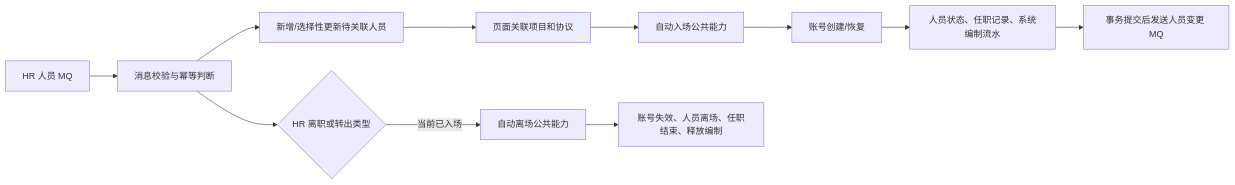
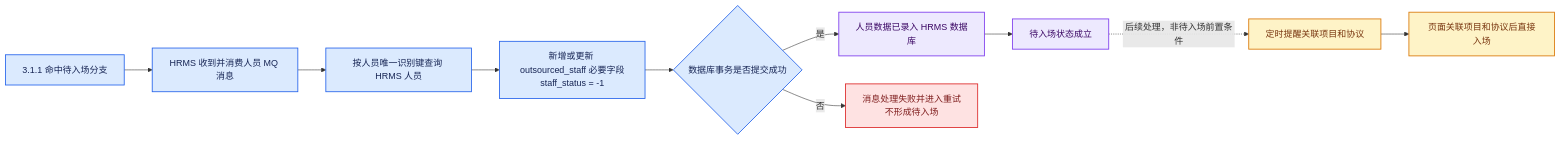
The second of 4 diagrams in content/中华财险-公司项目/hrms（大型人力资源外包管理系统）/需求-系分/3.用工模式调整0917/内部人员转外包用工系统需求-系分.md (yunyunafyke-sketch/quartz-personal-blog), drawn with Mermaid before and after one commit. The commit also changed other lines of this file and 7 other files, not shown here.

````diff
--- a/content/中华财险-公司项目/hrms（大型人力资源外包管理系统）/需求-系分/3.用工模式调整0917/内部人员转外包用工系统需求-系分.md
+++ b/content/中华财险-公司项目/hrms（大型人力资源外包管理系统）/需求-系分/3.用工模式调整0917/内部人员转外包用工系统需求-系分.md
@@ -125,13 +215,21 @@
 ```mermaid
 flowchart LR
-    A[HR 人员 MQ] --> B[消息校验与幂等判断]
-    B --> C[新增/选择性更新待关联人员]
-    C --> D[页面关联项目和协议]
-    D --> E[自动入场公共能力]
-    E --> F[账号创建/恢复]
-    F --> G[人员状态、任职记录、系统编制流水]
-    G --> H[事务提交后发送人员变更 MQ]
-    B --> I{HR 离职或转出类型}
-    I -->|当前已入场| J[自动离场公共能力]
-    J --> K[账号失效、人员离场、任职结束、释放编制]
+    A[3.1.1 命中待入场分支] --> B[HRMS 收到并消费人员 MQ 消息]
+    B --> C[按人员唯一识别键查询 HRMS 人员]
+    C --> D[新增或更新 outsourced_staff 必要字段<br/>staff_status = -1]
+    D --> E{数据库事务是否提交成功}
+    E -->|是| F[人员数据已录入 HRMS 数据库]
+    F --> G[待入场状态成立]
+    E -->|否| X[消息处理失败并进入重试<br/>不形成待入场]
+    G -. 后续处理，非待入场前置条件 .-> H[定时提醒关联项目和协议]
+    H --> I[页面关联项目和协议后直接入场]
+
+    classDef entry fill:#DBEAFE,stroke:#2563EB,color:#172554,stroke-width:1.5px;
+    classDef waitEntry fill:#EDE9FE,stroke:#7C3AED,color:#3B0764,stroke-width:1.5px;
+    classDef followup fill:#FEF3C7,stroke:#D97706,color:#78350F,stroke-width:1.5px;
+    classDef failure fill:#FEE2E2,stroke:#DC2626,color:#7F1D1D,stroke-width:1.5px;
+    class A,B,C,D,E entry;
+    class F,G waitEntry;
+    class H,I followup;
+    class X failure;
 ```
````
